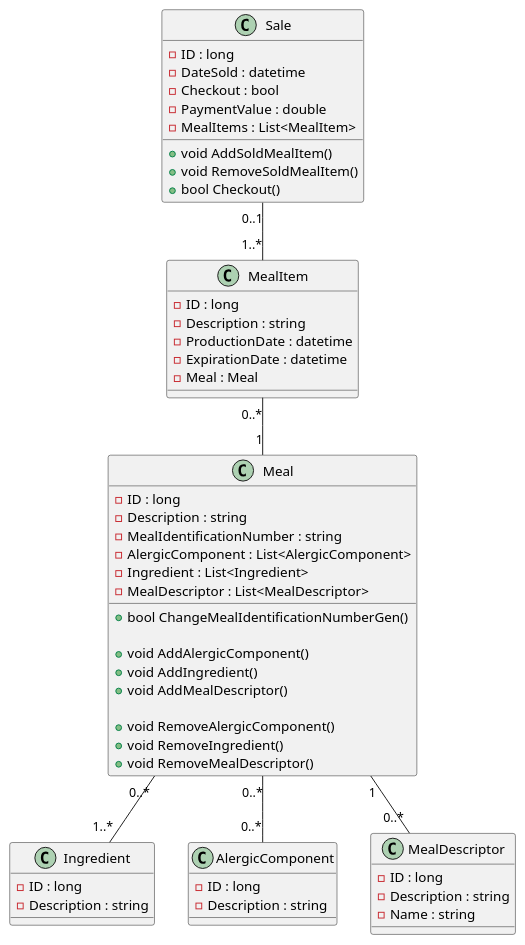
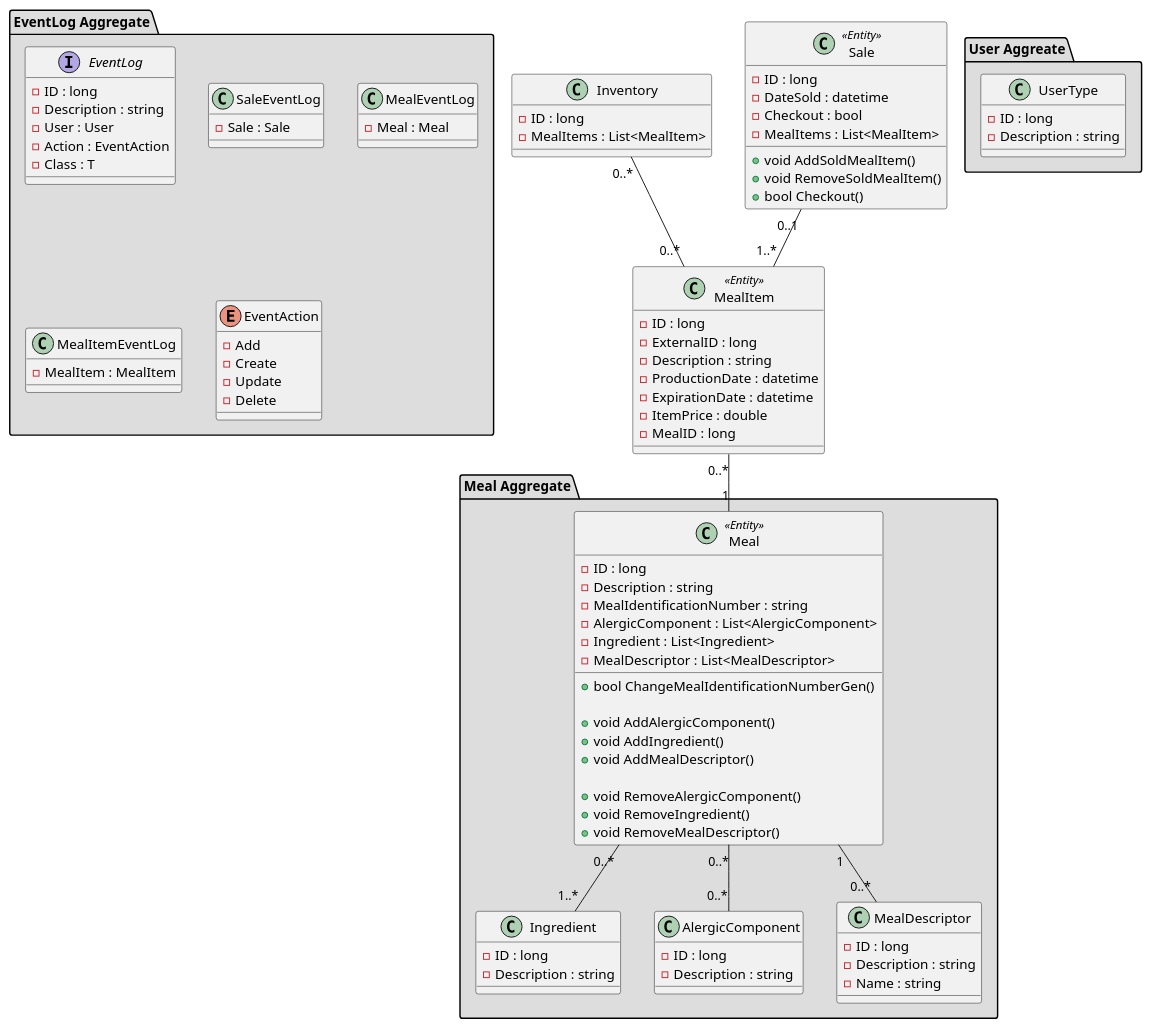
Before and after one commit to PeFerreira98/ARQSOFT_2019: the diagram in P1/ADD/DomainModelDiagram.puml, drawn with PlantUML.

Commit message:
change domain model

```diff
--- a/P1/ADD/DomainModelDiagram.puml
+++ b/P1/ADD/DomainModelDiagram.puml
@@ -1,64 +1,112 @@
 @startuml DomainModelDiagram
-class Meal {
-    -ID : long
-    -Description : string
-    -MealIdentificationNumber : string
-    -AlergicComponent : List<AlergicComponent>
-    -Ingredient : List<Ingredient>
-    -MealDescriptor : List<MealDescriptor>
-    
-    +bool ChangeMealIdentificationNumberGen()
 
-    +void AddAlergicComponent()
-    +void AddIngredient()
-    +void AddMealDescriptor()
+package "Meal Aggregate" #DDDDDD {
+    class Meal <<Entity>> {
+        -ID : long
+        -Description : string
+        -MealIdentificationNumber : string
+        -AlergicComponent : List<AlergicComponent>
+        -Ingredient : List<Ingredient>
+        -MealDescriptor : List<MealDescriptor>
+        
+        +bool ChangeMealIdentificationNumberGen()
 
-    +void RemoveAlergicComponent()
-    +void RemoveIngredient()
-    +void RemoveMealDescriptor()
+        +void AddAlergicComponent()
+        +void AddIngredient()
+        +void AddMealDescriptor()
+
+        +void RemoveAlergicComponent()
+        +void RemoveIngredient()
+        +void RemoveMealDescriptor()
+    }
+
+    class Ingredient {
+        -ID : long
+        -Description : string
+    }
+
+    class AlergicComponent {
+        -ID : long
+        -Description : string
+    }
+
+    class MealDescriptor {
+        -ID : long
+        -Description : string
+        -Name : string
+    }
 }
 
-class MealItem {
+class Inventory {
     -ID : long
+    -MealItems : List<MealItem>
+}
+
+class MealItem <<Entity>> {
+    -ID : long
+    -ExternalID : long
     -Description : string
     -ProductionDate : datetime
     -ExpirationDate : datetime
-    -Meal : Meal
+    -ItemPrice : double
+    -MealID : long
 }
 
-class Ingredient {
-    -ID : long
-    -Description : string
-}
-
-class AlergicComponent {
-    -ID : long
-    -Description : string
-}
-
-class MealDescriptor {
-    -ID : long
-    -Description : string
-    -Name : string
-}
-
-class Sale {
+class Sale <<Entity>> {
     -ID : long
     -DateSold : datetime
     -Checkout : bool
-    -PaymentValue : double
     -MealItems : List<MealItem>
 
     +void AddSoldMealItem()
     +void RemoveSoldMealItem()
     +bool Checkout()
+}
+
+package "User Aggreate" #DDDDDD {
+    class UserType {
+        -ID : long
+        -Description : string
+    }
+}
+
+package "EventLog Aggregate" #DDDDDD {
+    interface EventLog {
+        -ID : long
+        -Description : string
+        -User : User
+        -Action : EventAction
+        -Class : T
+    }
+
+    class SaleEventLog {
+        -Sale : Sale
+    }
+
+    class MealEventLog {
+        -Meal : Meal
+    }
+
+    class MealItemEventLog {
+        -MealItem : MealItem
+    }
+
+    enum EventAction {
+        - Add
+        - Create
+        - Update
+        - Delete
+    }
 }
 
 Meal "0..*" -- "0..*" AlergicComponent
 Meal "1" -- "0..*" MealDescriptor
 Meal "0..*" -- "1..*" Ingredient
 
 MealItem "0..*" -- "1" Meal
 
 Sale "0..1" -- "1..*" MealItem
+
+Inventory "0..*" -- "0..*" MealItem
+
 @enduml
```
